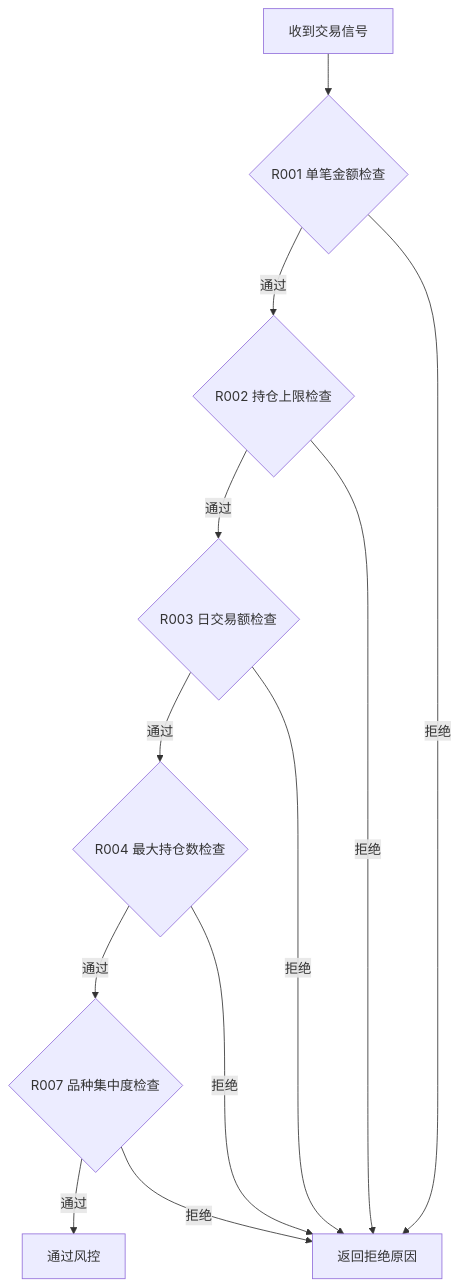
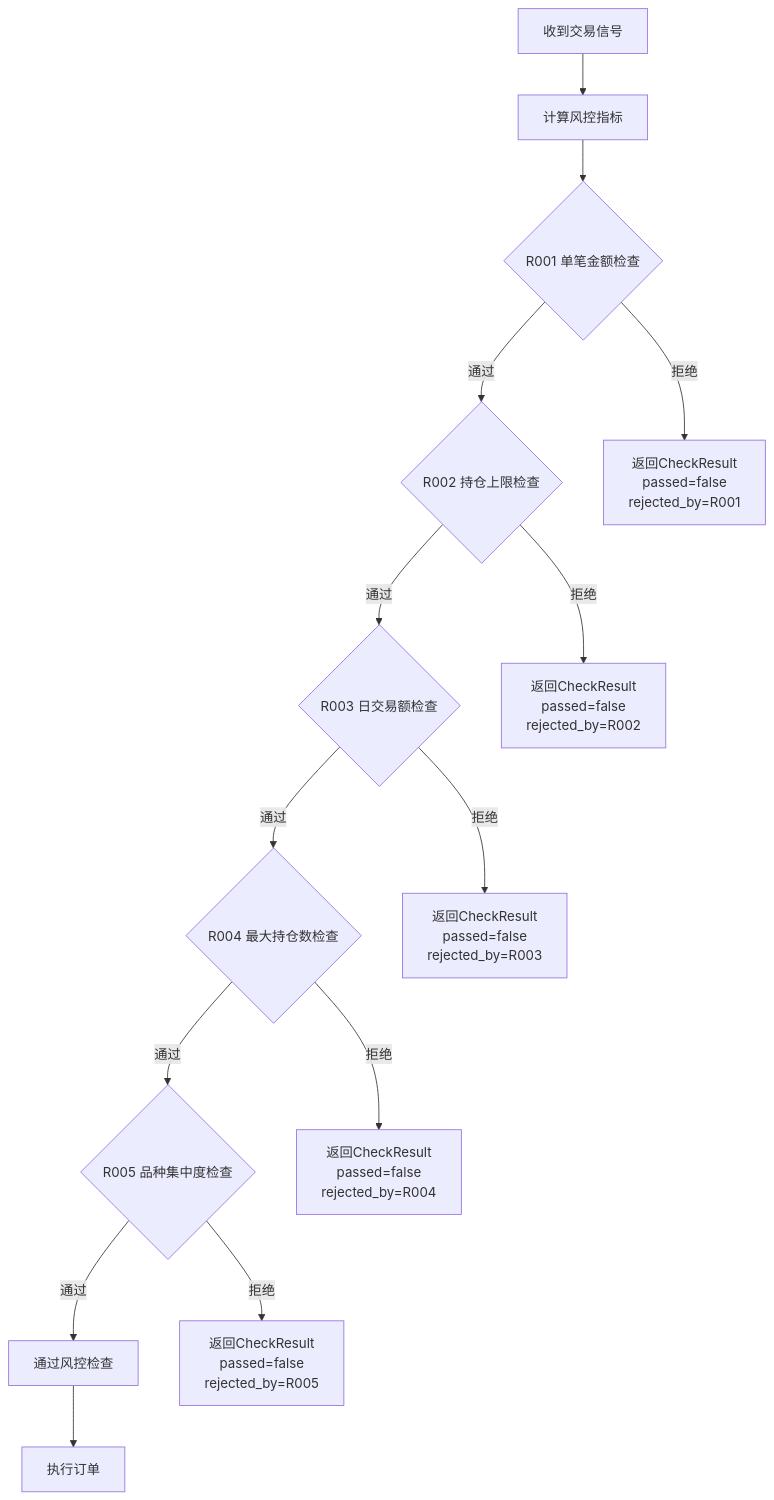
One commit to DarwinHo/crypto-trend-trading changed the third of 7 diagrams in .monkeycode/specs/crypto-trend-trading-system/design.md. Above: the diagram before and after it, drawn with Mermaid. The commit also changed other lines of this file, not shown here.

````diff
--- a/.monkeycode/specs/crypto-trend-trading-system/design.md
+++ b/.monkeycode/specs/crypto-trend-trading-system/design.md
@@ -401,14 +748,26 @@
 ```mermaid
 graph TD
-    A[收到交易信号] --> B{R001 单笔金额检查}
-    B -->|通过| C{R002 持仓上限检查}
-    B -->|拒绝| Z[返回拒绝原因]
-    C -->|通过| D{R003 日交易额检查}
-    C -->|拒绝| Z
-    D -->|通过| E{R004 最大持仓数检查}
-    D -->|拒绝| Z
-    E -->|通过| F{R007 品种集中度检查}
-    E -->|拒绝| Z
-    F -->|通过| G[通过风控]
-    F -->|拒绝| Z
+    A[收到交易信号] --> B[计算风控指标]
+    B --> C{R001 单笔金额检查}
+    C -->|通过| D{R002 持仓上限检查}
+    C -->|拒绝| Z[返回CheckResult
+    passed=false
+    rejected_by=R001]
+    D -->|通过| E{R003 日交易额检查}
+    D -->|拒绝| Y[返回CheckResult
+    passed=false
+    rejected_by=R002]
+    E -->|通过| F{R004 最大持仓数检查}
+    E -->|拒绝| X[返回CheckResult
+    passed=false
+    rejected_by=R003]
+    F -->|通过| G{R005 品种集中度检查}
+    F -->|拒绝| W[返回CheckResult
+    passed=false
+    rejected_by=R004]
+    G -->|通过| H[通过风控检查]
+    G -->|拒绝| V[返回CheckResult
+    passed=false
+    rejected_by=R005]
+    H --> I[执行订单]
 ```
````
